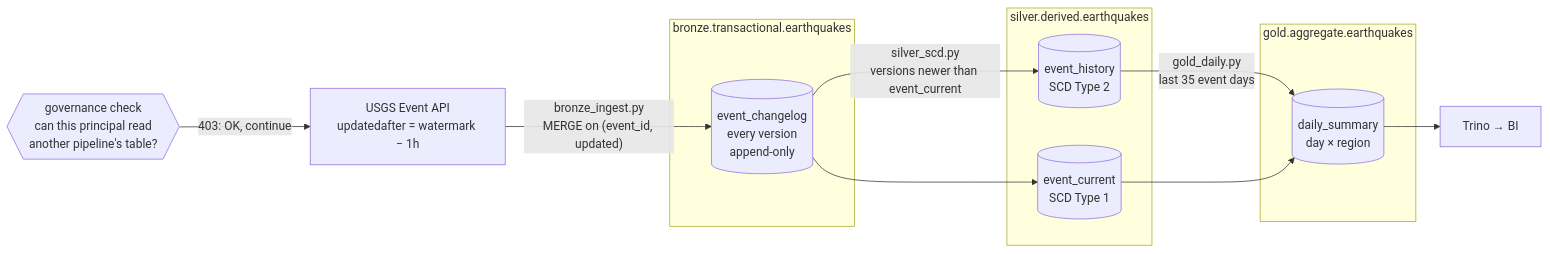
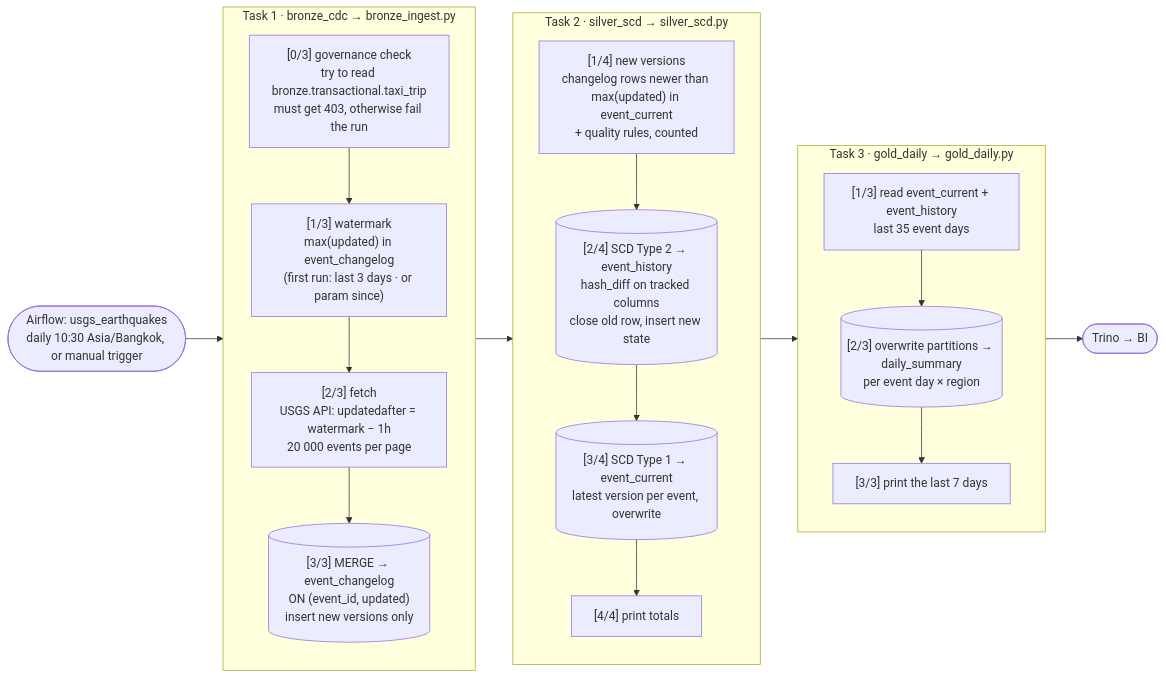
Before and after one commit to nopega/ice-berg-data-pipeline: the first of 4 diagrams in pipelines/earthquakes/README.md, drawn with Mermaid. The commit also changed other lines of this file, not shown here.

Commit message:
docs(earthquakes): pipeline design, diagrams, recovery and queries

````diff
--- a/pipelines/earthquakes/README.md
+++ b/pipelines/earthquakes/README.md
@@ -24,25 +27,35 @@
 ```mermaid
 flowchart LR
-    API["USGS Event API<br/>updatedafter = watermark − 1h"]
+    TR(["Airflow: usgs_earthquakes<br/>daily 10:30 Asia/Bangkok, or manual trigger"])
 
-    subgraph B["bronze.transactional.earthquakes"]
-        CL[("event_changelog<br/>every version<br/>append-only")]
-    end
-    subgraph S["silver.derived.earthquakes"]
-        H[("event_history<br/>SCD Type 2")]
-        C[("event_current<br/>SCD Type 1")]
-    end
-    subgraph G["gold.aggregate.earthquakes"]
-        D[("daily_summary<br/>day × region")]
+    subgraph T1["Task 1 · bronze_cdc → bronze_ingest.py"]
+        direction TB
+        B0["[0/3] governance check<br/>try to read bronze.transactional.taxi_trip<br/>must get 403, otherwise fail the run"]
+        B1["[1/3] watermark<br/>max(updated) in event_changelog<br/>(first run: last 3 days · or param since)"]
+        B2["[2/3] fetch<br/>USGS API: updatedafter = watermark − 1h<br/>20 000 events per page"]
+        B3[("[3/3] MERGE → event_changelog<br/>ON (event_id, updated)<br/>insert new versions only")]
+        B0 --> B1 --> B2 --> B3
     end
 
-    GOV{{"governance check<br/>can this principal read<br/>another pipeline's table?"}}
+    subgraph T2["Task 2 · silver_scd → silver_scd.py"]
+        direction TB
+        S1["[1/4] new versions<br/>changelog rows newer than max(updated) in event_current<br/>+ quality rules, counted"]
+        S2[("[2/4] SCD Type 2 → event_history<br/>hash_diff on tracked columns<br/>close old row, insert new state")]
+        S3[("[3/4] SCD Type 1 → event_current<br/>latest version per event, overwrite")]
+        S4["[4/4] print totals"]
+        S1 --> S2 --> S3 --> S4
+    end
 
-    GOV -- "403: OK, continue" --> API
-    API -- "bronze_ingest.py<br/>MERGE on (event_id, updated)" --> CL
-    CL -- "silver_scd.py<br/>versions newer than event_current" --> H
-    CL --> C
-    H -- "gold_daily.py<br/>last 35 event days" --> D
-    C --> D
-    D --> T["Trino → BI"]
+    subgraph T3["Task 3 · gold_daily → gold_daily.py"]
+        direction TB
+        G1["[1/3] read event_current + event_history<br/>last 35 event days"]
+        G2[("[2/3] overwrite partitions → daily_summary<br/>per event day × region")]
+        G3["[3/3] print the last 7 days"]
+        G1 --> G2 --> G3
+    end
+
+    TR --> B0
+    B3 --> S1
+    S4 --> G1
+    G3 --> BI(["Trino → BI"])
 ```
````
